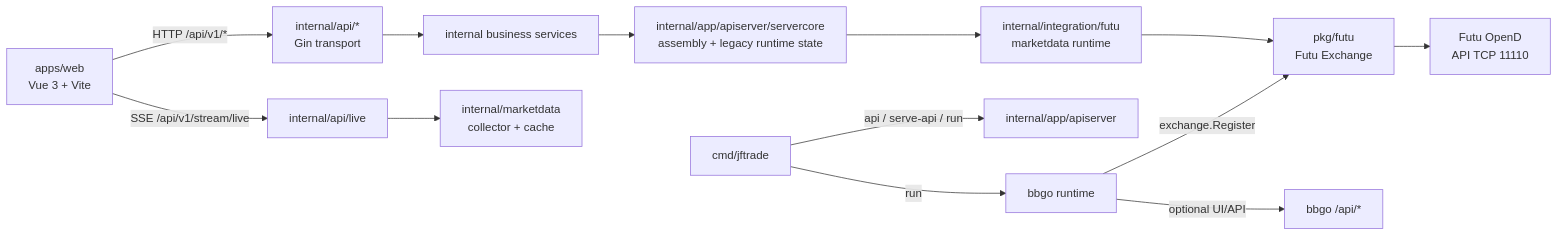
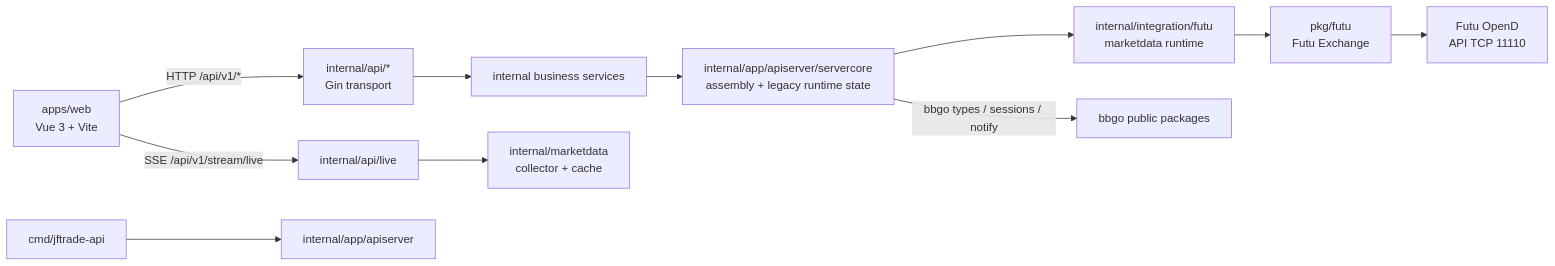
One commit to Dennishaha/JFTrade changed the diagram in docs/architecture.md. Above: the diagram before and after it, drawn with Mermaid. The commit also changed other lines of this file and 26 other files, not shown here.

````diff
--- a/docs/architecture.md
+++ b/docs/architecture.md
@@ -22,16 +22,14 @@
 ```mermaid
 flowchart LR
     Web[apps/web\nVue 3 + Vite] -->|HTTP /api/v1/*| API[internal/api/*\nGin transport]
     Web -->|SSE /api/v1/stream/live| LiveAPI[internal/api/live]
     API --> Services[internal business services]
     LiveAPI --> MarketData[internal/marketdata\ncollector + cache]
     Services --> ServerCore[internal/app/apiserver/servercore\nassembly + legacy runtime state]
     ServerCore --> FutuIntegration[internal/integration/futu\nmarketdata runtime]
     FutuIntegration --> Futu[pkg/futu\nFutu Exchange]
     Futu --> OpenD[Futu OpenD\nAPI TCP 11110]
 
-    CLI[cmd/jftrade] -->|api / serve-api / run| App[internal/app/apiserver]
-    CLI -->|run| BBGO[bbgo runtime]
-    BBGO -->|exchange.Register| Futu
-    BBGO -->|optional UI/API| BBGOServer[bbgo /api/*]
+    CLI[cmd/jftrade-api] --> App[internal/app/apiserver]
+    ServerCore -->|bbgo types / sessions / notify| BBGOPrimitives[bbgo public packages]
 ```
````
